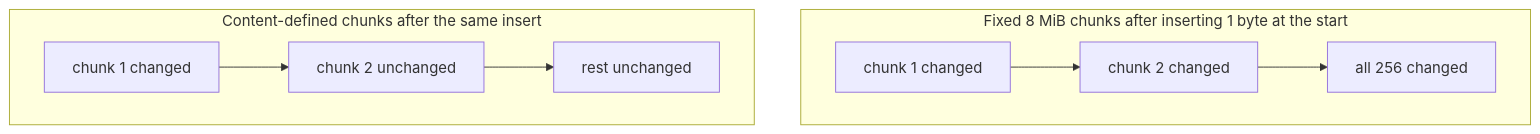
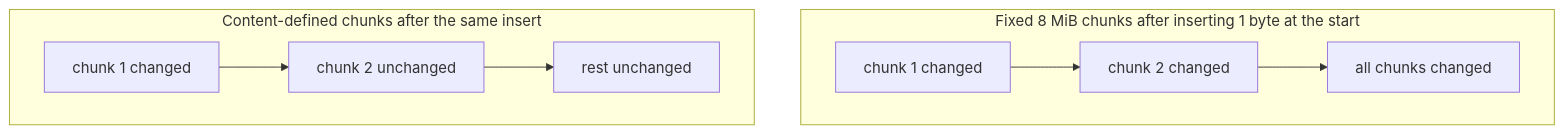
One commit to spabolu/system-design-modern changed the fifth of 9 diagrams in docs/06-case-studies/file-sync.md. Above: the diagram before and after it, drawn with Mermaid. The commit also changed other lines of this file, not shown here.

Commit message:
Fix chunk count for a 2 GB file

````diff
--- a/docs/06-case-studies/file-sync.md
+++ b/docs/06-case-studies/file-sync.md
@@ -285,9 +285,9 @@
 ```mermaid
 flowchart TB
   subgraph Fixed["Fixed 8 MiB chunks after inserting 1 byte at the start"]
-    F1["chunk 1 changed"] --> F2["chunk 2 changed"] --> F3["all 256 changed"]
+    F1["chunk 1 changed"] --> F2["chunk 2 changed"] --> F3["all chunks changed"]
   end
   subgraph CDC["Content-defined chunks after the same insert"]
     C1["chunk 1 changed"] --> C2["chunk 2 unchanged"] --> C3["rest unchanged"]
   end
 ```
````
